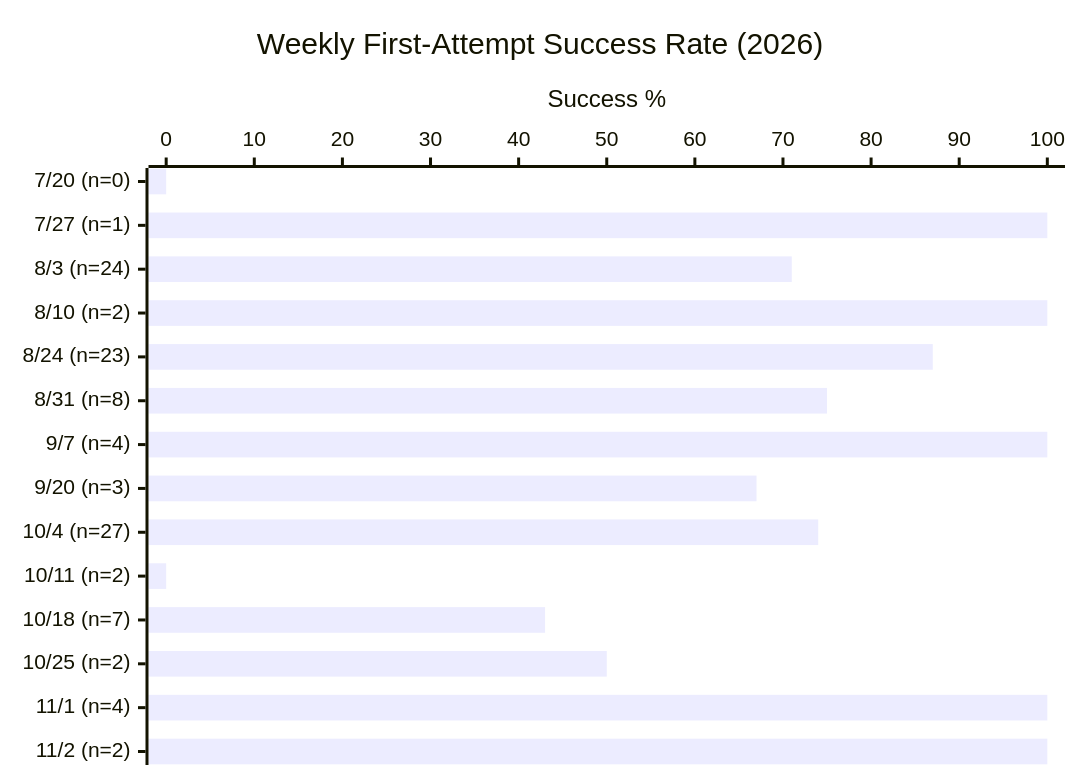
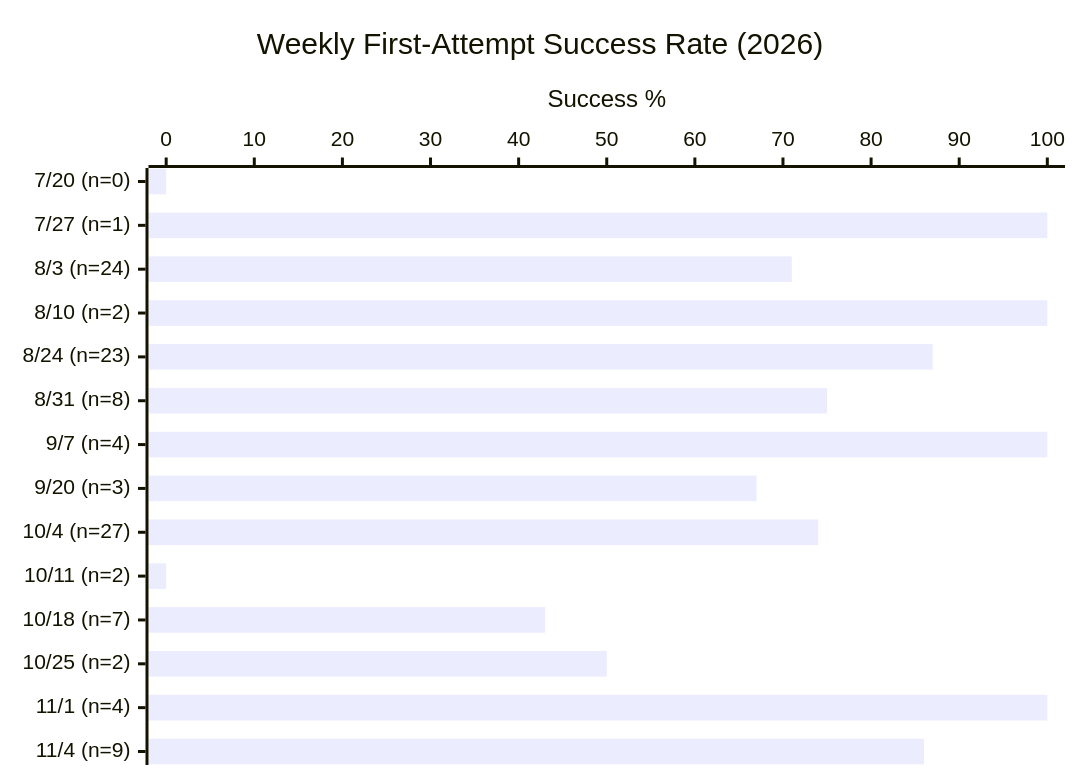
Before and after one commit to Sanctum-Origo-Systems/patina: the first of 3 diagrams in EVAL.md, drawn with Mermaid. The commit also changed other lines of this file and 1 other file, not shown here.

````diff
--- a/EVAL.md
+++ b/EVAL.md
@@ -17,7 +17,7 @@
 ```mermaid
 xychart-beta horizontal
     title "Weekly First-Attempt Success Rate (2026)"
-    x-axis ["7/20 (n=0)", "7/27 (n=1)", "8/3 (n=24)", "8/10 (n=2)", "8/24 (n=23)", "8/31 (n=8)", "9/7 (n=4)", "9/20 (n=3)", "10/4 (n=27)", "10/11 (n=2)", "10/18 (n=7)", "10/25 (n=2)", "11/1 (n=4)", "11/2 (n=2)"]
+    x-axis ["7/20 (n=0)", "7/27 (n=1)", "8/3 (n=24)", "8/10 (n=2)", "8/24 (n=23)", "8/31 (n=8)", "9/7 (n=4)", "9/20 (n=3)", "10/4 (n=27)", "10/11 (n=2)", "10/18 (n=7)", "10/25 (n=2)", "11/1 (n=4)", "11/4 (n=9)"]
     y-axis "Success %" 0 --> 100
-    bar [0, 100, 71, 100, 87, 75, 100, 67, 74, 0, 43, 50, 100, 100]
+    bar [0, 100, 71, 100, 87, 75, 100, 67, 74, 0, 43, 50, 100, 86]
 ```
````
